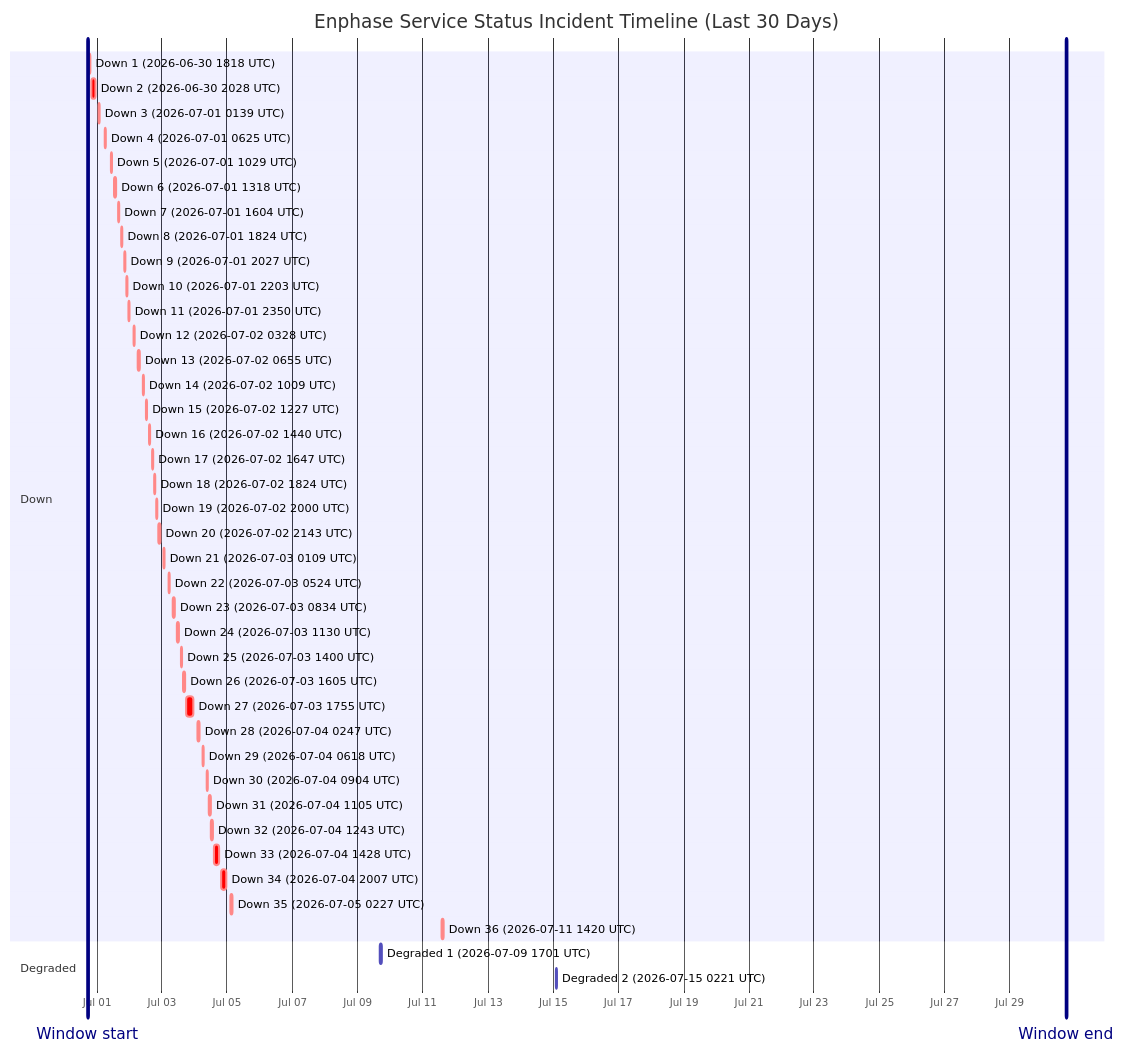
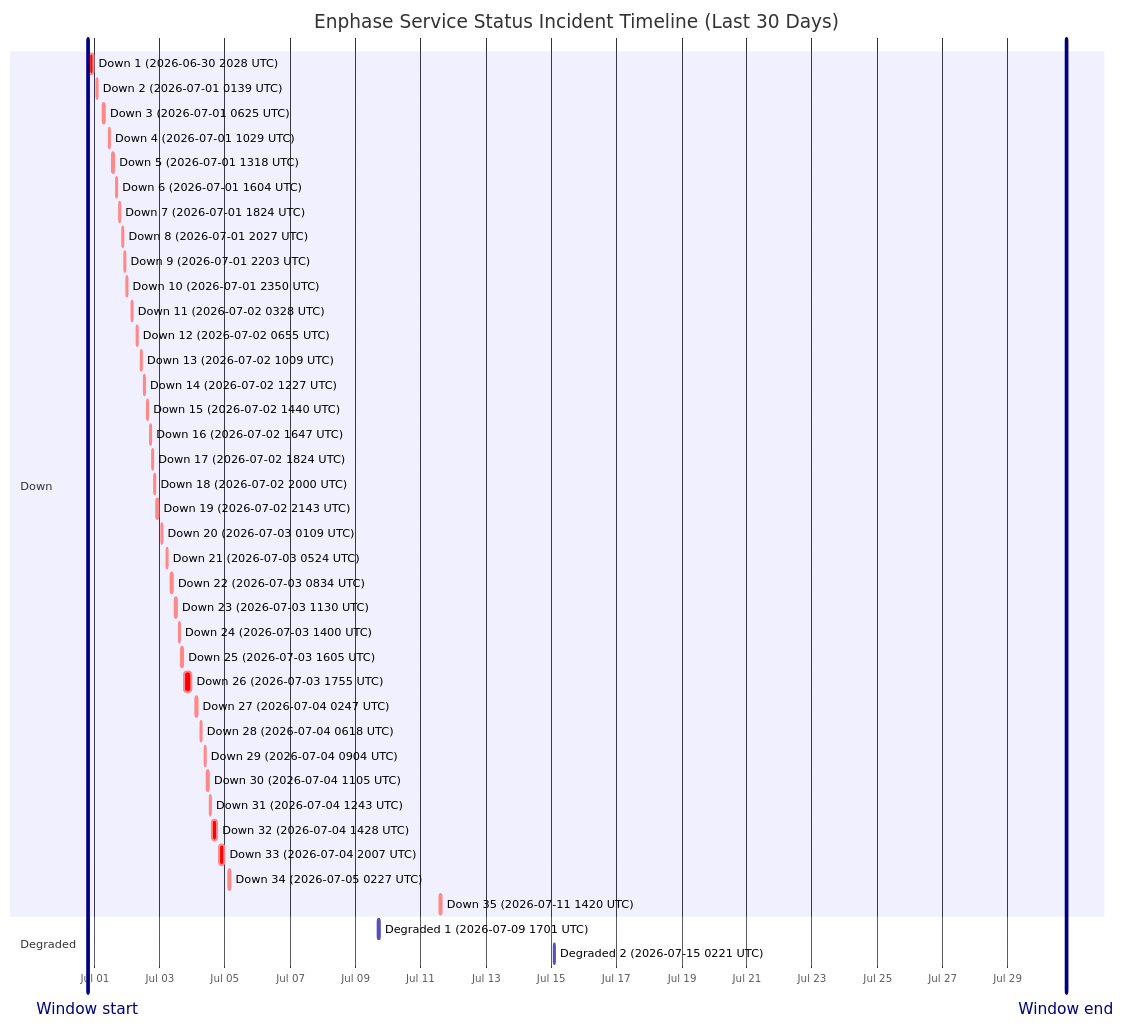
The diagram in wiki/Service-Status-History.md (barneyonline/ha-enphase-energy), drawn with Mermaid before and after one commit. The commit also changed other lines of this file and 3 other files, not shown here.

````diff
--- a/wiki/Service-Status-History.md
+++ b/wiki/Service-Status-History.md
@@ -14,48 +14,47 @@
 ```mermaid
 gantt
     title Enphase Service Status Incident Timeline (Last 30 Days)
     dateFormat  YYYY-MM-DDTHH:mm:ss
     axisFormat  %b %d
-    Window start :vert, window-start, 2026-06-30T17:24:51, 0ms
-    Window end :vert, window-end, 2026-07-30T17:24:51, 0ms
+    Window start :vert, window-start, 2026-06-30T18:54:45, 0ms
+    Window end :vert, window-end, 2026-07-30T18:54:45, 0ms
     section Down
-    Down 1 (2026-06-30 1818 UTC) :crit, down-1, 2026-06-30T18:18:39, 60m
-    Down 2 (2026-06-30 2028 UTC) :crit, down-2, 2026-06-30T20:28:54, 171m
-    Down 3 (2026-07-01 0139 UTC) :crit, down-3, 2026-07-01T01:39:18, 60m
-    Down 4 (2026-07-01 0625 UTC) :crit, down-4, 2026-07-01T06:25:35, 60m
-    Down 5 (2026-07-01 1029 UTC) :crit, down-5, 2026-07-01T10:29:24, 60m
-    Down 6 (2026-07-01 1318 UTC) :crit, down-6, 2026-07-01T13:18:31, 60m
-    Down 7 (2026-07-01 1604 UTC) :crit, down-7, 2026-07-01T16:04:29, 60m
-    Down 8 (2026-07-01 1824 UTC) :crit, down-8, 2026-07-01T18:24:21, 60m
-    Down 9 (2026-07-01 2027 UTC) :crit, down-9, 2026-07-01T20:27:17, 60m
-    Down 10 (2026-07-01 2203 UTC) :crit, down-10, 2026-07-01T22:03:46, 60m
-    Down 11 (2026-07-01 2350 UTC) :crit, down-11, 2026-07-01T23:50:52, 60m
-    Down 12 (2026-07-02 0328 UTC) :crit, down-12, 2026-07-02T03:28:33, 60m
-    Down 13 (2026-07-02 0655 UTC) :crit, down-13, 2026-07-02T06:55:07, 60m
-    Down 14 (2026-07-02 1009 UTC) :crit, down-14, 2026-07-02T10:09:15, 60m
-    Down 15 (2026-07-02 1227 UTC) :crit, down-15, 2026-07-02T12:27:49, 60m
-    Down 16 (2026-07-02 1440 UTC) :crit, down-16, 2026-07-02T14:40:53, 60m
-    Down 17 (2026-07-02 1647 UTC) :crit, down-17, 2026-07-02T16:47:47, 60m
-    Down 18 (2026-07-02 1824 UTC) :crit, down-18, 2026-07-02T18:24:26, 60m
-    Down 19 (2026-07-02 2000 UTC) :crit, down-19, 2026-07-02T20:00:57, 60m
-    Down 20 (2026-07-02 2143 UTC) :crit, down-20, 2026-07-02T21:43:52, 80m
-    Down 21 (2026-07-03 0109 UTC) :crit, down-21, 2026-07-03T01:09:19, 60m
-    Down 22 (2026-07-03 0524 UTC) :crit, down-22, 2026-07-03T05:24:23, 60m
-    Down 23 (2026-07-03 0834 UTC) :crit, down-23, 2026-07-03T08:34:05, 60m
-    Down 24 (2026-07-03 1130 UTC) :crit, down-24, 2026-07-03T11:30:41, 60m
-    Down 25 (2026-07-03 1400 UTC) :crit, down-25, 2026-07-03T14:00:48, 60m
-    Down 26 (2026-07-03 1605 UTC) :crit, down-26, 2026-07-03T16:05:49, 60m
-    Down 27 (2026-07-03 1755 UTC) :crit, down-27, 2026-07-03T17:55:54, 338m
-    Down 28 (2026-07-04 0247 UTC) :crit, down-28, 2026-07-04T02:47:22, 60m
-    Down 29 (2026-07-04 0618 UTC) :crit, down-29, 2026-07-04T06:18:09, 60m
-    Down 30 (2026-07-04 0904 UTC) :crit, down-30, 2026-07-04T09:04:41, 60m
-    Down 31 (2026-07-04 1105 UTC) :crit, down-31, 2026-07-04T11:05:21, 60m
-    Down 32 (2026-07-04 1243 UTC) :crit, down-32, 2026-07-04T12:43:25, 60m
-    Down 33 (2026-07-04 1428 UTC) :crit, down-33, 2026-07-04T14:28:07, 243m
-    Down 34 (2026-07-04 2007 UTC) :crit, down-34, 2026-07-04T20:07:50, 206m
-    Down 35 (2026-07-05 0227 UTC) :crit, down-35, 2026-07-05T02:27:32, 109m
-    Down 36 (2026-07-11 1420 UTC) :crit, down-36, 2026-07-11T14:20:54, 69m
+    Down 1 (2026-06-30 2028 UTC) :crit, down-1, 2026-06-30T20:28:54, 171m
+    Down 2 (2026-07-01 0139 UTC) :crit, down-2, 2026-07-01T01:39:18, 60m
+    Down 3 (2026-07-01 0625 UTC) :crit, down-3, 2026-07-01T06:25:35, 60m
+    Down 4 (2026-07-01 1029 UTC) :crit, down-4, 2026-07-01T10:29:24, 60m
+    Down 5 (2026-07-01 1318 UTC) :crit, down-5, 2026-07-01T13:18:31, 60m
+    Down 6 (2026-07-01 1604 UTC) :crit, down-6, 2026-07-01T16:04:29, 60m
+    Down 7 (2026-07-01 1824 UTC) :crit, down-7, 2026-07-01T18:24:21, 60m
+    Down 8 (2026-07-01 2027 UTC) :crit, down-8, 2026-07-01T20:27:17, 60m
+    Down 9 (2026-07-01 2203 UTC) :crit, down-9, 2026-07-01T22:03:46, 60m
+    Down 10 (2026-07-01 2350 UTC) :crit, down-10, 2026-07-01T23:50:52, 60m
+    Down 11 (2026-07-02 0328 UTC) :crit, down-11, 2026-07-02T03:28:33, 60m
+    Down 12 (2026-07-02 0655 UTC) :crit, down-12, 2026-07-02T06:55:07, 60m
+    Down 13 (2026-07-02 1009 UTC) :crit, down-13, 2026-07-02T10:09:15, 60m
+    Down 14 (2026-07-02 1227 UTC) :crit, down-14, 2026-07-02T12:27:49, 60m
+    Down 15 (2026-07-02 1440 UTC) :crit, down-15, 2026-07-02T14:40:53, 60m
+    Down 16 (2026-07-02 1647 UTC) :crit, down-16, 2026-07-02T16:47:47, 60m
+    Down 17 (2026-07-02 1824 UTC) :crit, down-17, 2026-07-02T18:24:26, 60m
+    Down 18 (2026-07-02 2000 UTC) :crit, down-18, 2026-07-02T20:00:57, 60m
+    Down 19 (2026-07-02 2143 UTC) :crit, down-19, 2026-07-02T21:43:52, 80m
+    Down 20 (2026-07-03 0109 UTC) :crit, down-20, 2026-07-03T01:09:19, 60m
+    Down 21 (2026-07-03 0524 UTC) :crit, down-21, 2026-07-03T05:24:23, 60m
+    Down 22 (2026-07-03 0834 UTC) :crit, down-22, 2026-07-03T08:34:05, 60m
+    Down 23 (2026-07-03 1130 UTC) :crit, down-23, 2026-07-03T11:30:41, 60m
+    Down 24 (2026-07-03 1400 UTC) :crit, down-24, 2026-07-03T14:00:48, 60m
+    Down 25 (2026-07-03 1605 UTC) :crit, down-25, 2026-07-03T16:05:49, 60m
+    Down 26 (2026-07-03 1755 UTC) :crit, down-26, 2026-07-03T17:55:54, 338m
+    Down 27 (2026-07-04 0247 UTC) :crit, down-27, 2026-07-04T02:47:22, 60m
+    Down 28 (2026-07-04 0618 UTC) :crit, down-28, 2026-07-04T06:18:09, 60m
+    Down 29 (2026-07-04 0904 UTC) :crit, down-29, 2026-07-04T09:04:41, 60m
+    Down 30 (2026-07-04 1105 UTC) :crit, down-30, 2026-07-04T11:05:21, 60m
+    Down 31 (2026-07-04 1243 UTC) :crit, down-31, 2026-07-04T12:43:25, 60m
+    Down 32 (2026-07-04 1428 UTC) :crit, down-32, 2026-07-04T14:28:07, 243m
+    Down 33 (2026-07-04 2007 UTC) :crit, down-33, 2026-07-04T20:07:50, 206m
+    Down 34 (2026-07-05 0227 UTC) :crit, down-34, 2026-07-05T02:27:32, 109m
+    Down 35 (2026-07-11 1420 UTC) :crit, down-35, 2026-07-11T14:20:54, 69m
     section Degraded
     Degraded 1 (2026-07-09 1701 UTC) :active, degraded-1, 2026-07-09T17:01:02, 60m
     Degraded 2 (2026-07-15 0221 UTC) :active, degraded-2, 2026-07-15T02:21:35, 60m
 ```
````
